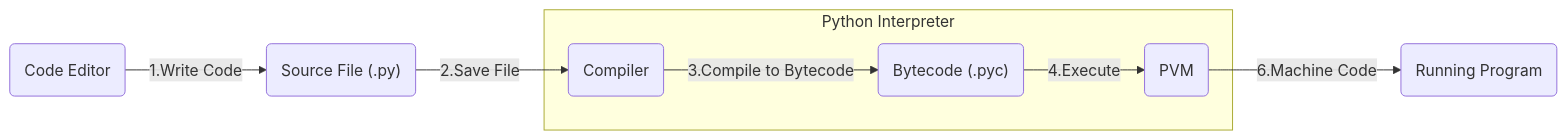
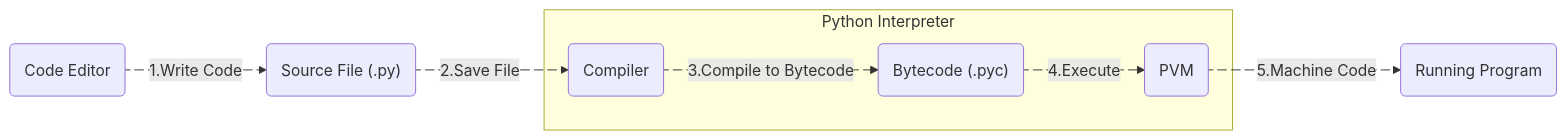
Before and after one commit to EliFuzz/ml-labs: the diagram in docs/education/01-python/01-overview.mdx, drawn with Mermaid.

Commit message:
Enhance diagram animations

````diff
--- a/docs/education/01-python/01-overview.mdx
+++ b/docs/education/01-python/01-overview.mdx
@@ -17,11 +17,17 @@
         ```mermaid
         graph LR
-            CodeEditor(Code Editor) -->|1.Write Code| SourceFile("Source File (.py)")
-            SourceFile -->|2.Save File| Compiler(Compiler)
+            CodeEditor(Code Editor) e1@-->|1.Write Code| SourceFile("Source File (.py)")
+            SourceFile e2@-->|2.Save File| Compiler(Compiler)
 
             subgraph PythonInterpreter [Python Interpreter]
-                Compiler -->|3.Compile to Bytecode| Bytecode("Bytecode (.pyc)")
-                Bytecode -->|4.Execute| PVM("PVM")
+                Compiler e3@-->|3.Compile to Bytecode| Bytecode("Bytecode (.pyc)")
+                Bytecode e4@-->|4.Execute| PVM("PVM")
             end
-            PVM -->|6.Machine Code| RunningProgram("Running Program")
+            PVM e5@-->|5.Machine Code| RunningProgram("Running Program")
+
+            e1@{ animate: true }
+            e2@{ animate: true }
+            e3@{ animate: true }
+            e4@{ animate: true }
+            e5@{ animate: true }
         ```
````
